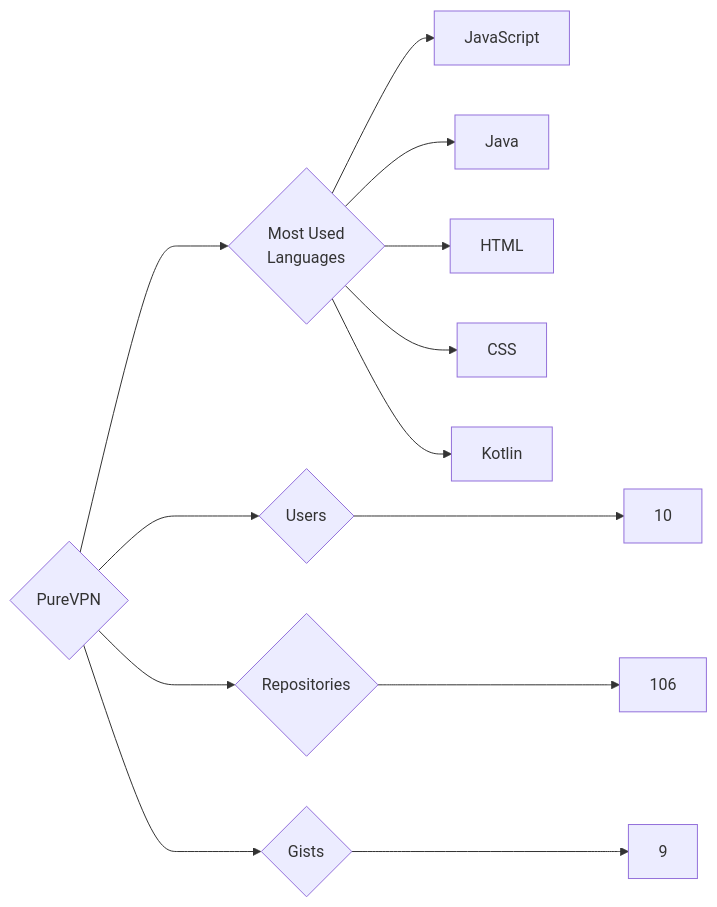
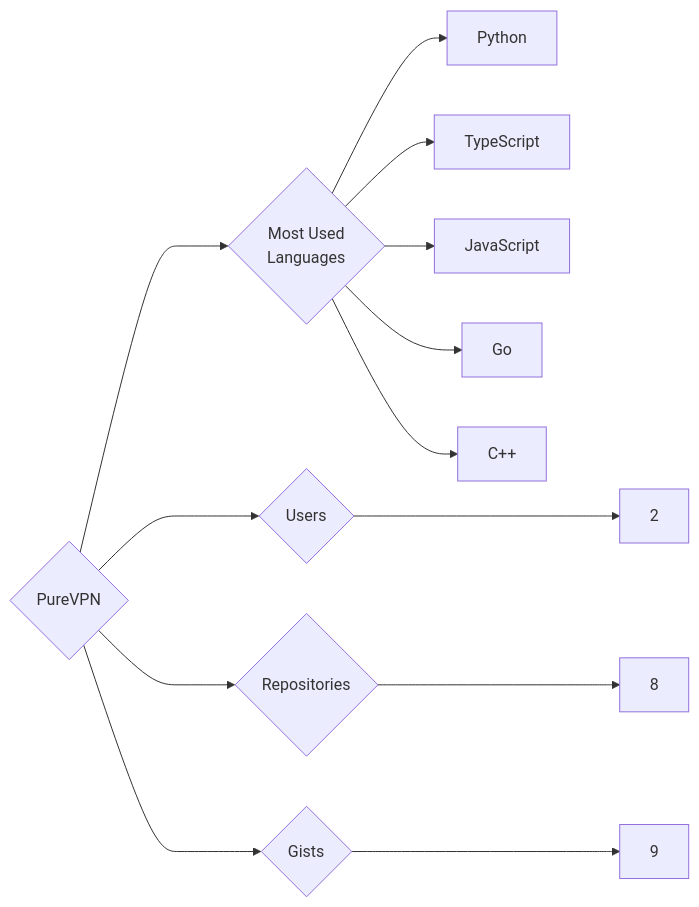
One commit to trickest/insiders changed the diagram in targets/PureVPN/README.md. Above: the diagram before and after it, drawn with Mermaid. The commit also changed 765 other files, not shown here.

````diff
--- a/targets/PureVPN/README.md
+++ b/targets/PureVPN/README.md
@@ -3,13 +3,13 @@
 ```mermaid
 graph LR
 COMPANY_NAME{PureVPN}
-COMPANY_NAME ---> U{Users} ---> UN[10]
-COMPANY_NAME ---> R{Repositories} ---> RN[106]
+COMPANY_NAME ---> U{Users} ---> UN[2]
+COMPANY_NAME ---> R{Repositories} ---> RN[8]
 COMPANY_NAME ---> G{Gists} ---> GN[9]
 COMPANY_NAME ---> ML{Most Used<br>Languages}
+ML --> Python[Python]
+ML --> TypeScript[TypeScript]
 ML --> JavaScript[JavaScript]
-ML --> Java[Java]
-ML --> HTML[HTML]
-ML --> CSS[CSS]
-ML --> Kotlin[Kotlin]
+ML --> Go[Go]
+ML --> C++[C++]
 ```
````
